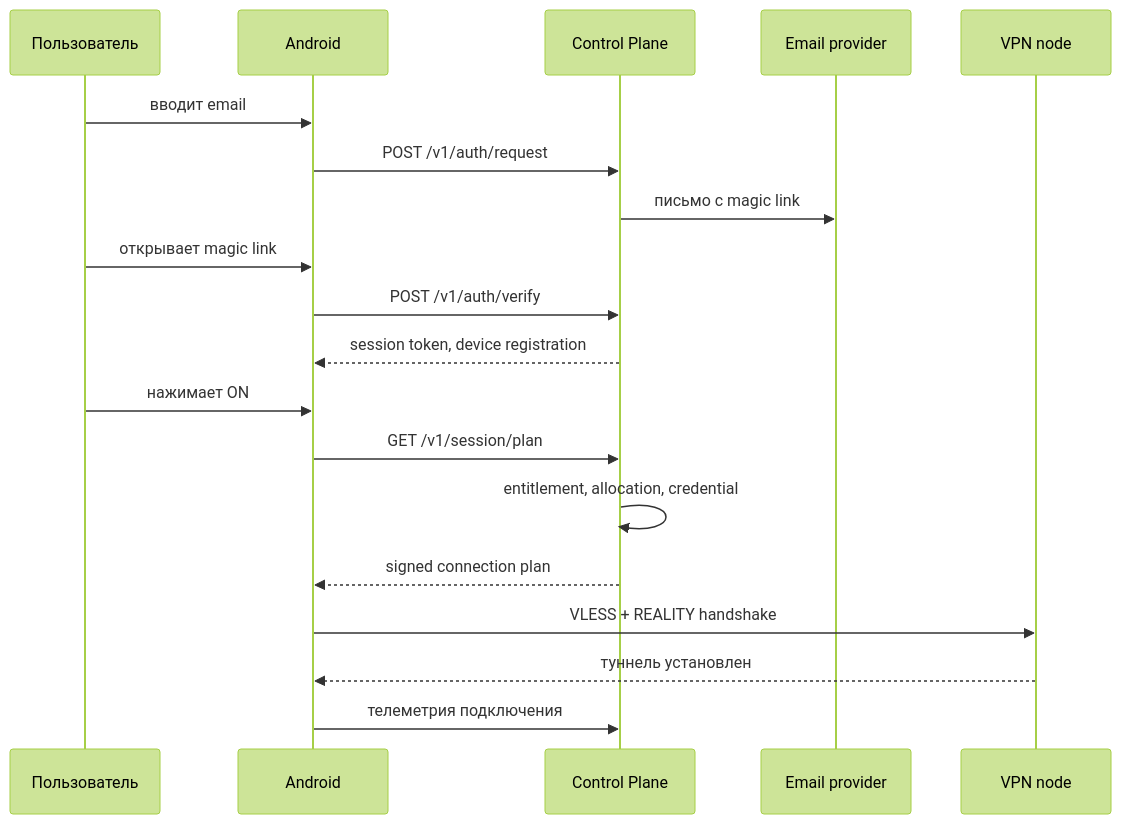
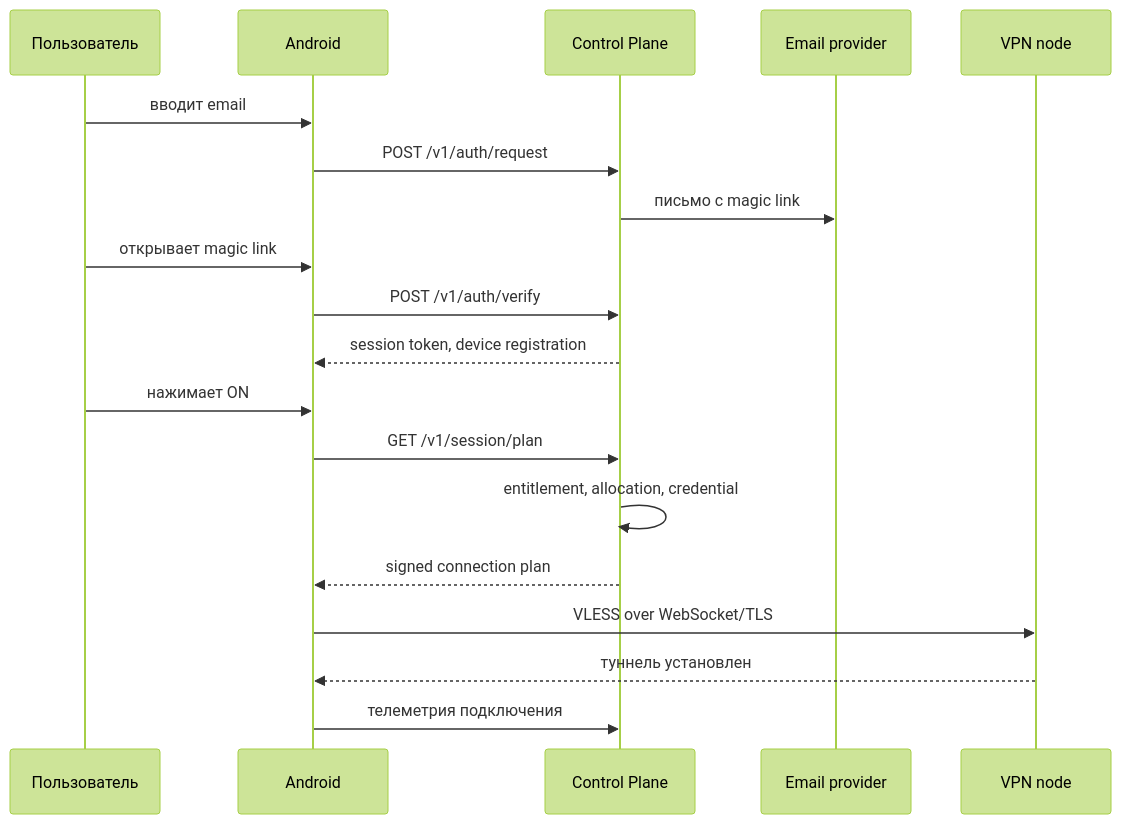
Before and after one commit to ai-zaytsev/simple: the second of 4 diagrams in docs/architecture/overview.md, drawn with Mermaid (forest theme). The commit also changed other lines of this file and 35 other files, not shown here.

````diff
--- a/docs/architecture/overview.md
+++ b/docs/architecture/overview.md
@@ -183,22 +180,22 @@
 ```mermaid
 sequenceDiagram
     participant U as Пользователь
     participant A as Android
     participant CP as Control Plane
     participant E as Email provider
     participant N as VPN node
 
     U->>A: вводит email
     A->>CP: POST /v1/auth/request
     CP->>E: письмо с magic link
     U->>A: открывает magic link
     A->>CP: POST /v1/auth/verify
     CP-->>A: session token, device registration
     U->>A: нажимает ON
     A->>CP: GET /v1/session/plan
     CP->>CP: entitlement, allocation, credential
     CP-->>A: signed connection plan
-    A->>N: VLESS + REALITY handshake
+    A->>N: VLESS over WebSocket/TLS
     N-->>A: туннель установлен
     A->>CP: телеметрия подключения
 ```
````
